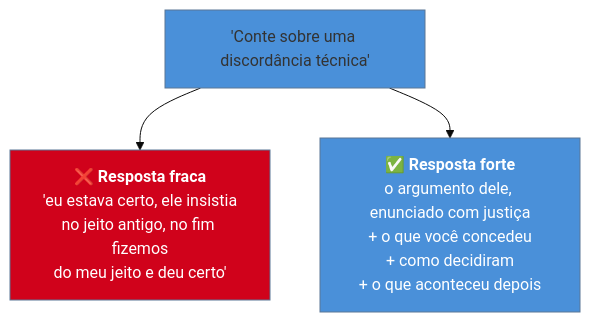
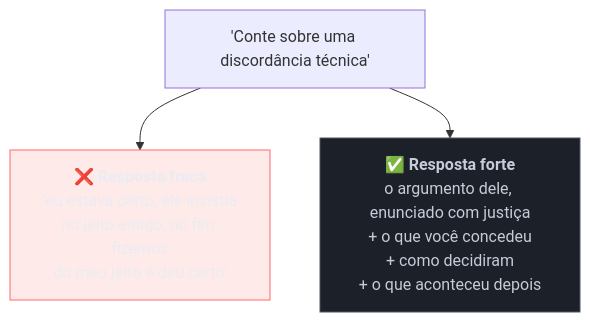
One commit to josenaldo/codex-technomanticus changed the diagram in 03-Dominios/Carreira/Entrevistas/07 - A taxonomia das perguntas comportamentais.md. Above: the diagram before and after it, drawn with Mermaid. The commit also changed 1181 other files, not shown here.

First line of the commit message:
fix(diagramas): paleta do sistema no lugar de cor cravada no markdown

````diff
--- a/03-Dominios/Carreira/Entrevistas/07 - A taxonomia das perguntas comportamentais.md
+++ b/03-Dominios/Carreira/Entrevistas/07 - A taxonomia das perguntas comportamentais.md
@@ -50,9 +50,10 @@
 ```mermaid
-%%{init: {"theme": "base", "themeVariables": {"primaryColor": "#4A90D9"}}}%%
 graph TD
+    classDef falha fill:#FF6B6B24,stroke:#FF6B6B,color:#E9ECF2
+    classDef neutro fill:#1B2029,stroke:#4E5666,color:#C6CCD8
     Q["'Conte sobre uma discordância técnica'"] --> A["❌ <b>Resposta fraca</b><br/>'eu estava certo, ele insistia<br/>no jeito antigo, no fim fizemos<br/>do meu jeito e deu certo'"]
     Q --> B["✅ <b>Resposta forte</b><br/>o argumento dele, enunciado com justiça<br/>+ o que você concedeu<br/>+ como decidiram<br/>+ o que aconteceu depois"]
 
-    style A fill:#D0021B,color:#fff
-    style B fill:#4A90D9,color:#fff
+    class A falha
+    class B neutro
 ```
````
